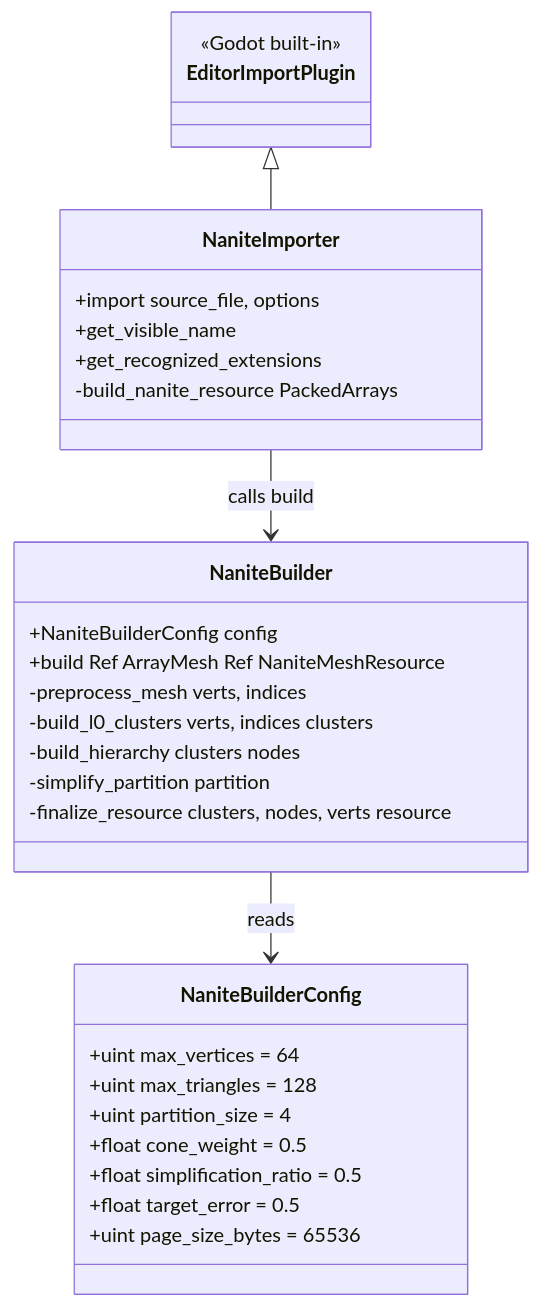
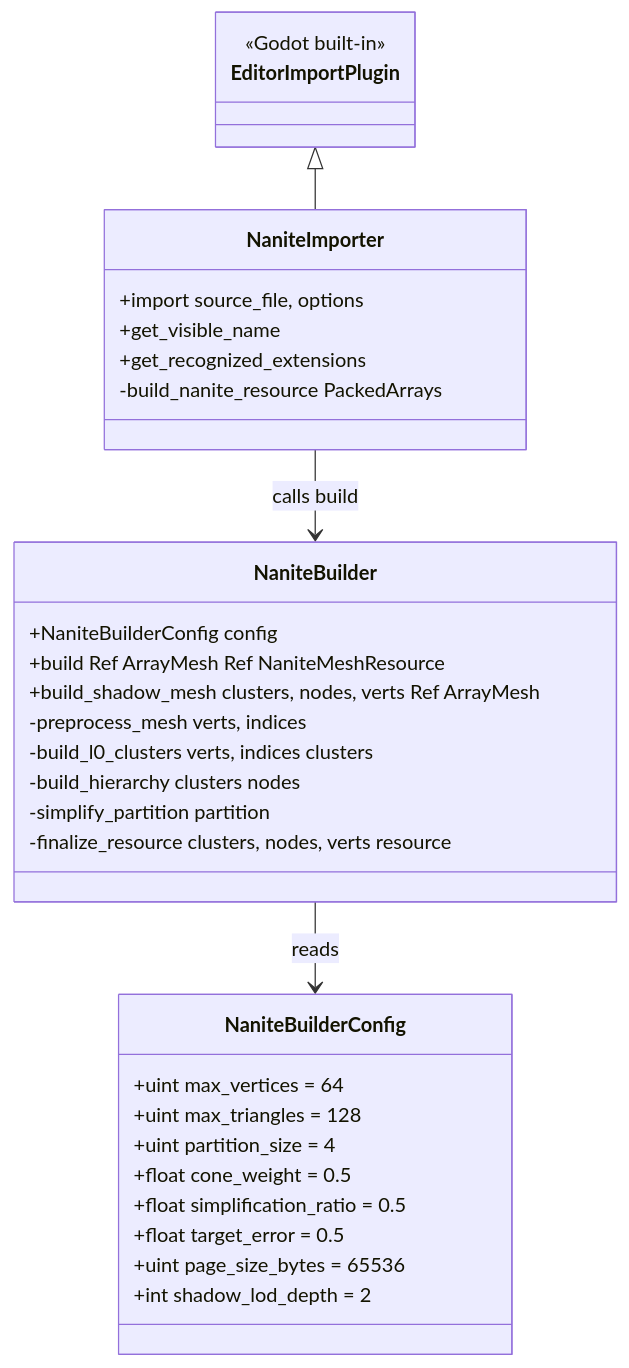
One commit to alonecat06/godot changed diagram 25 of 30 in sourcecode_analysis/nanite-godot-design.md. Above: the diagram before and after it, drawn with Mermaid. The commit also changed other lines of this file, not shown here.

````diff
--- a/sourcecode_analysis/nanite-godot-design.md
+++ b/sourcecode_analysis/nanite-godot-design.md
@@ -2642,33 +2642,35 @@
 ```mermaid
 classDiagram
     class EditorImportPlugin {
         <<Godot built-in>>
     }
     class NaniteImporter {
         +import source_file, options
         +get_visible_name
         +get_recognized_extensions
         -build_nanite_resource PackedArrays
     }
     class NaniteBuilder {
         +NaniteBuilderConfig config
         +build Ref ArrayMesh Ref NaniteMeshResource
+        +build_shadow_mesh clusters, nodes, verts Ref ArrayMesh
         -preprocess_mesh verts, indices
         -build_l0_clusters verts, indices clusters
         -build_hierarchy clusters nodes
         -simplify_partition partition
         -finalize_resource clusters, nodes, verts resource
     }
     class NaniteBuilderConfig {
         +uint max_vertices = 64
         +uint max_triangles = 128
         +uint partition_size = 4
         +float cone_weight = 0.5
         +float simplification_ratio = 0.5
         +float target_error = 0.5
         +uint page_size_bytes = 65536
+        +int shadow_lod_depth = 2
     }
     EditorImportPlugin <|-- NaniteImporter
     NaniteImporter --> NaniteBuilder : calls build
     NaniteBuilder --> NaniteBuilderConfig : reads
 ```
````
